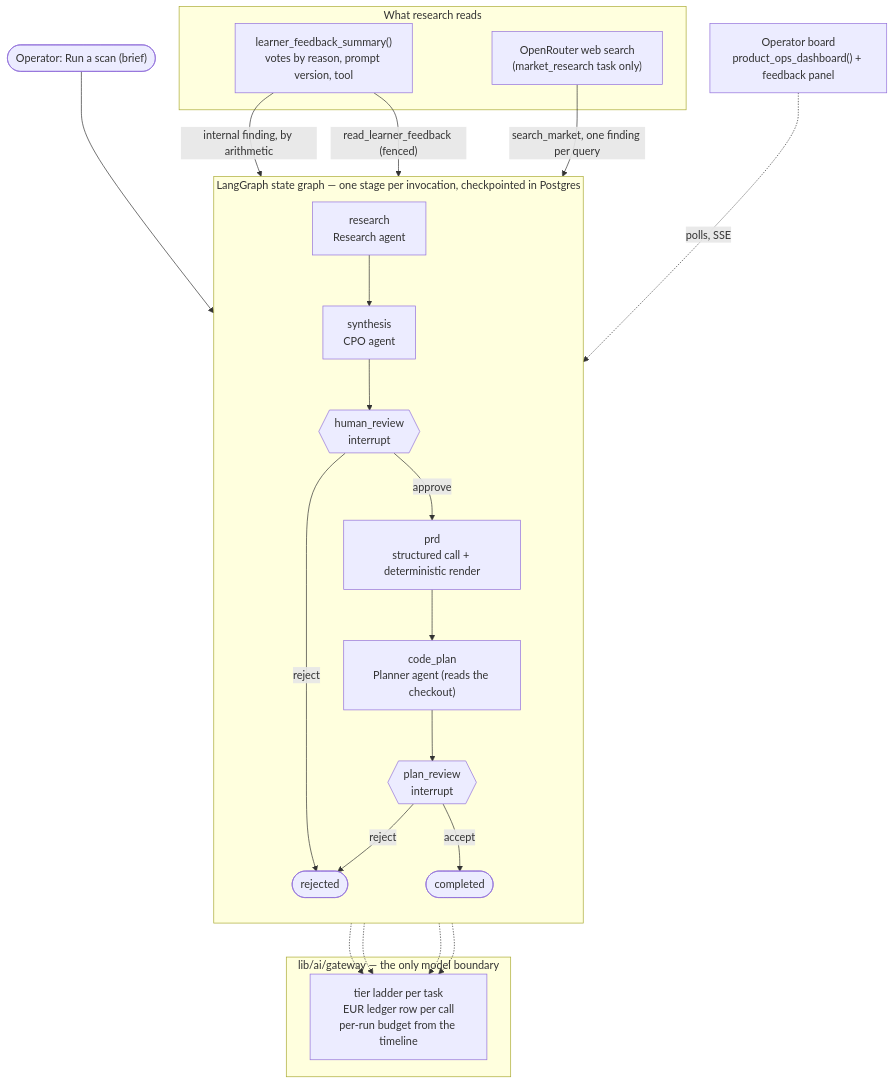
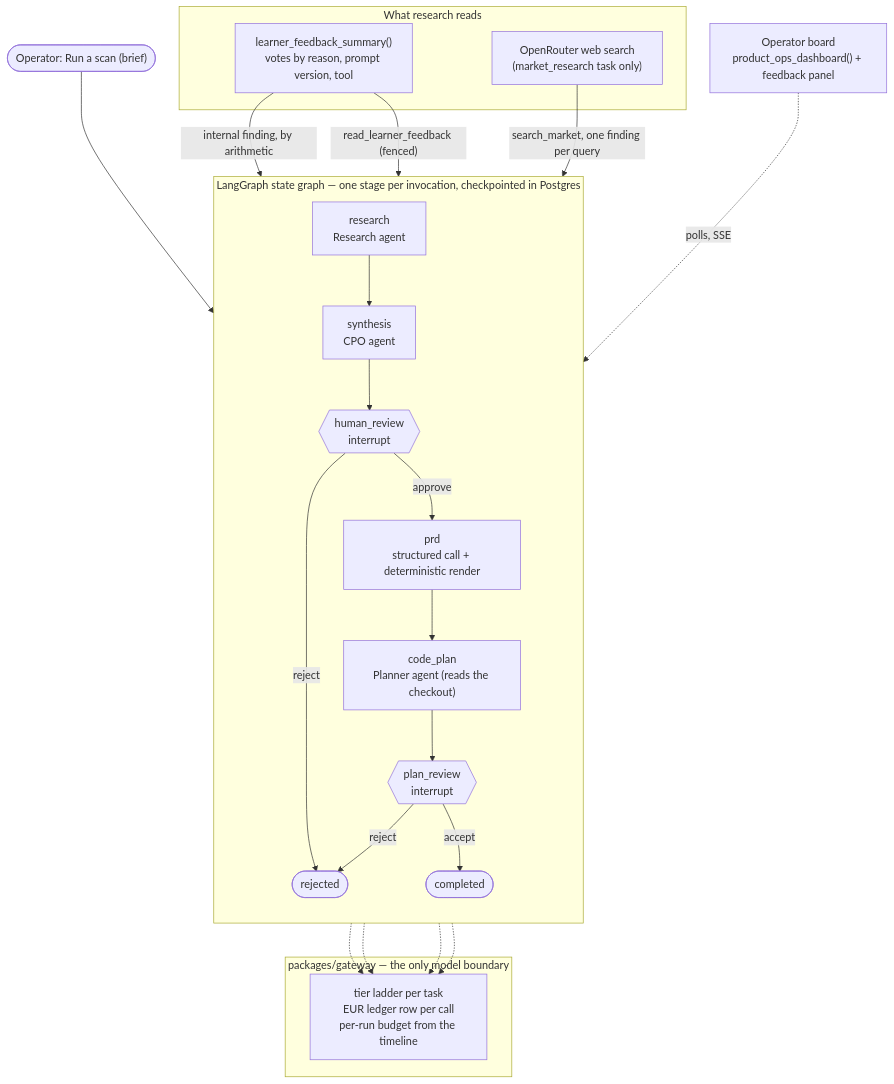
One commit to NehalKhare/deutsch-partner changed the diagram in README.md. Above: the diagram before and after it, drawn with Mermaid. The commit also changed other lines of this file and 1204 other files, not shown here.

````diff
--- a/README.md
+++ b/README.md
@@ -173,46 +185,46 @@
 ```mermaid
 flowchart TD
     Op(["Operator: Run a scan (brief)"]) --> R
 
     subgraph Graph["LangGraph state graph — one stage per invocation, checkpointed in Postgres"]
         direction TB
         R["research
 Research agent"] --> S["synthesis
 CPO agent"]
         S --> G1{{"human_review
 interrupt"}}
         G1 -->|approve| P["prd
 structured call + deterministic render"]
         G1 -->|reject| X([rejected])
         P --> C["code_plan
 Planner agent (reads the checkout)"]
         C --> G2{{"plan_review
 interrupt"}}
         G2 -->|accept| Done([completed])
         G2 -->|reject| X
     end
 
     subgraph Evidence["What research reads"]
         FB["learner_feedback_summary()
 votes by reason, prompt version, tool"]
         Web["OpenRouter web search
 (market_research task only)"]
     end
 
     FB -->|"internal finding, by arithmetic"| R
     FB -->|"read_learner_feedback (fenced)"| R
     Web -->|"search_market, one finding per query"| R
 
-    subgraph Gateway["lib/ai/gateway — the only model boundary"]
+    subgraph Gateway["packages/gateway — the only model boundary"]
         Ladder["tier ladder per task
 EUR ledger row per call
 per-run budget from the timeline"]
     end
     R -.-> Ladder
     S -.-> Ladder
     P -.-> Ladder
     C -.-> Ladder
 
     Board["Operator board
 product_ops_dashboard() + feedback panel"] -.->|polls, SSE| Graph
 ```
````
